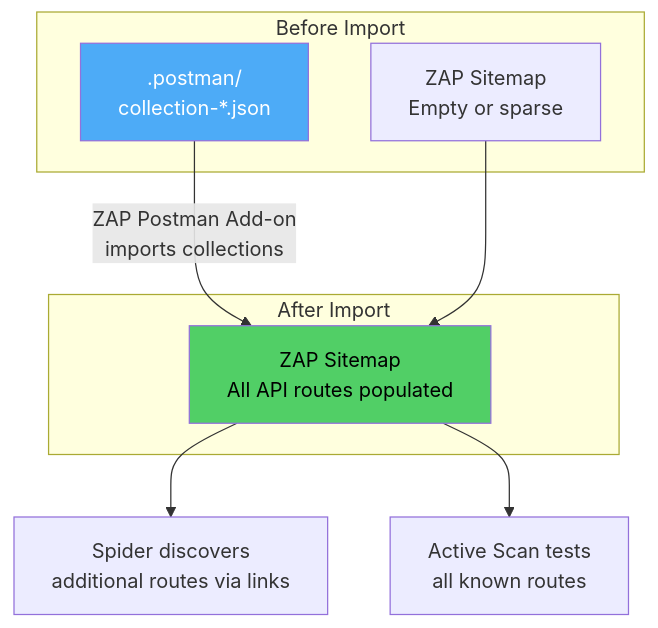
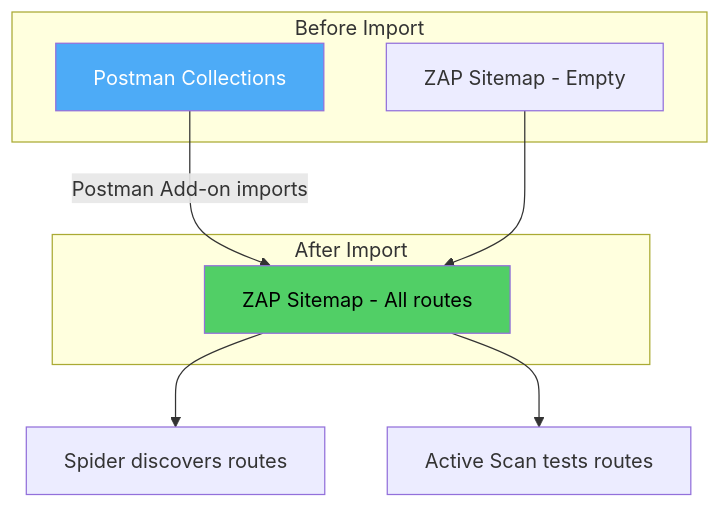
One commit to shubbbbyyyy/DASTSCANNER changed the first of 2 diagrams in docs/05-postman-collections.md. Above: the diagram before and after it, drawn with Mermaid. The commit also changed other lines of this file and 6 other files, not shown here.

First line of the commit message:
Fix Mermaid rendering issues across all docs

````diff
--- a/docs/05-postman-collections.md
+++ b/docs/05-postman-collections.md
@@ -15,20 +15,20 @@
 ```mermaid
 flowchart TD
-    subgraph "Before Import"
-        ZAP_SITEMAP[ZAP Sitemap<br/>Empty or sparse]
-        POSTMAN[".postman/<br/>collection-*.json"]
+    subgraph Before Import
+        ZAP_SITEMAP[ZAP Sitemap - Empty]
+        POSTMAN[Postman Collections]
     end
 
-    subgraph "After Import"
-        ZAP_SITEMAP_FULL[ZAP Sitemap<br/>All API routes populated]
+    subgraph After Import
+        ZAP_SITEMAP_FULL[ZAP Sitemap - All routes]
     end
 
-    POSTMAN -->|ZAP Postman Add-on<br/>imports collections| ZAP_SITEMAP_FULL
+    POSTMAN -->|Postman Add-on imports| ZAP_SITEMAP_FULL
     ZAP_SITEMAP --> ZAP_SITEMAP_FULL
 
-    ZAP_SITEMAP_FULL --> SPIDER[Spider discovers<br/>additional routes via links]
-    ZAP_SITEMAP_FULL --> ACTIVE[Active Scan tests<br/>all known routes]
+    ZAP_SITEMAP_FULL --> SPIDER[Spider discovers routes]
+    ZAP_SITEMAP_FULL --> ACTIVE[Active Scan tests routes]
 
     style POSTMAN fill:#4dabf7,color:#fff
     style ZAP_SITEMAP_FULL fill:#51cf66,color:#000
 ```
````
